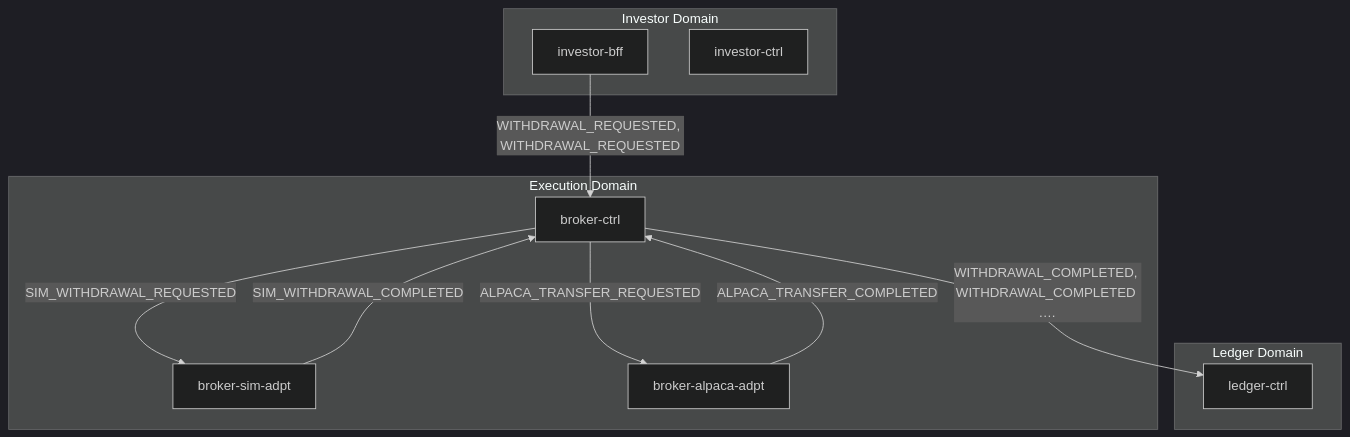
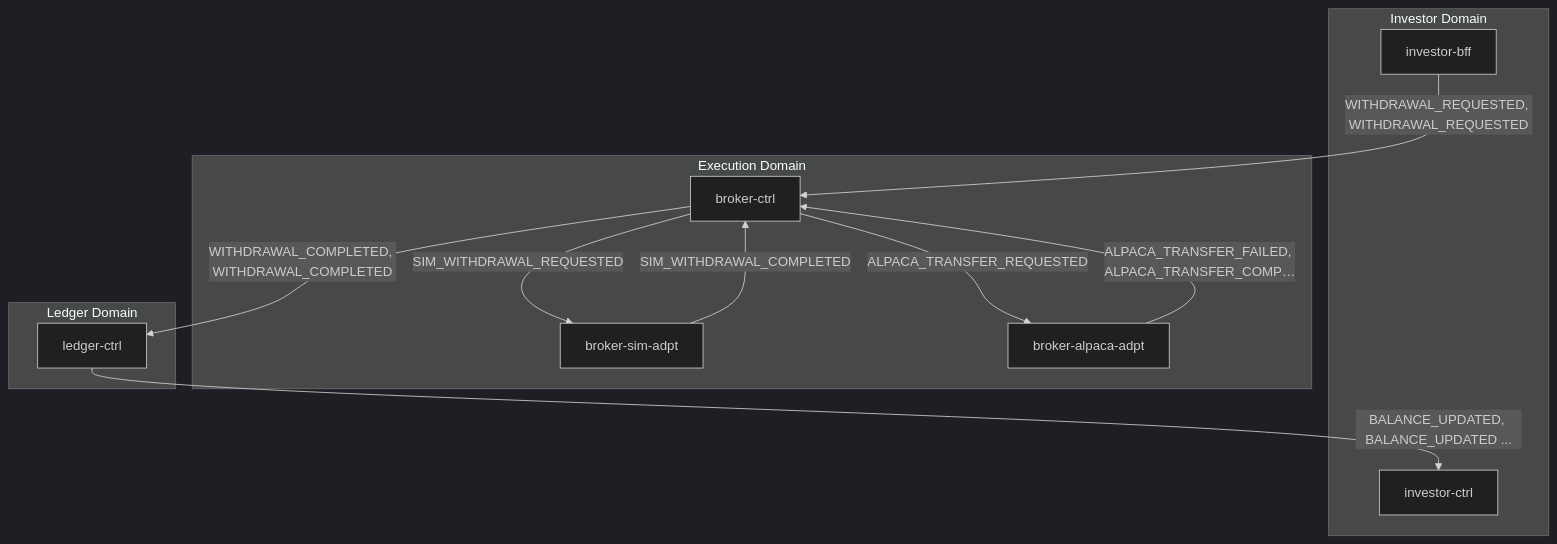
One commit to fabio-vitali/nestfolio changed the first of 2 diagrams in docs/data-flows/withdrawal.md. Above: the diagram before and after it, drawn with Mermaid (dark theme). The commit also changed other lines of this file and 53 other files, not shown here.

First line of the commit message:
docs: regenerate all service cards, flow specs, and C4 diagrams via /init-docs

````diff
--- a/docs/data-flows/withdrawal.md
+++ b/docs/data-flows/withdrawal.md
@@ -11,21 +11,22 @@
 ```mermaid
 flowchart TD
     subgraph investor["Investor Domain"]
         investor_bff["investor-bff"]
         investor_ctrl["investor-ctrl"]
     end
     subgraph execution["Execution Domain"]
         broker_ctrl["broker-ctrl"]
         broker_sim_adpt["broker-sim-adpt"]
         broker_alpaca_adpt["broker-alpaca-adpt"]
     end
     subgraph ledger["Ledger Domain"]
         ledger_ctrl["ledger-ctrl"]
     end
     investor_bff -->|"WITHDRAWAL_REQUESTED, WITHDRAWAL_REQUESTED"| broker_ctrl
     broker_ctrl -->|"SIM_WITHDRAWAL_REQUESTED"| broker_sim_adpt
     broker_ctrl -->|"ALPACA_TRANSFER_REQUESTED"| broker_alpaca_adpt
     broker_sim_adpt -->|"SIM_WITHDRAWAL_COMPLETED"| broker_ctrl
-    broker_alpaca_adpt -->|"ALPACA_TRANSFER_COMPLETED"| broker_ctrl
-    broker_ctrl -->|"WITHDRAWAL_COMPLETED, WITHDRAWAL_COMPLETED .…"| ledger_ctrl
+    broker_alpaca_adpt -->|"ALPACA_TRANSFER_FAILED, ALPACA_TRANSFER_COMP…"| broker_ctrl
+    broker_ctrl -->|"WITHDRAWAL_COMPLETED, WITHDRAWAL_COMPLETED"| ledger_ctrl
+    ledger_ctrl -->|"BALANCE_UPDATED, BALANCE_UPDATED ..."| investor_ctrl
 ```
````
